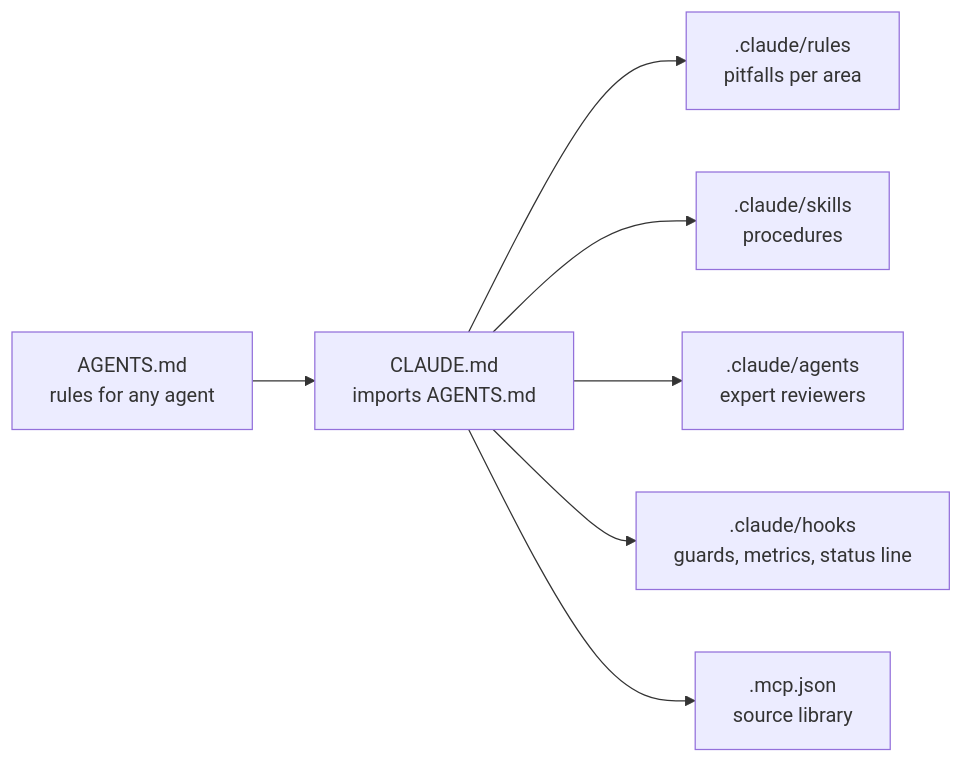
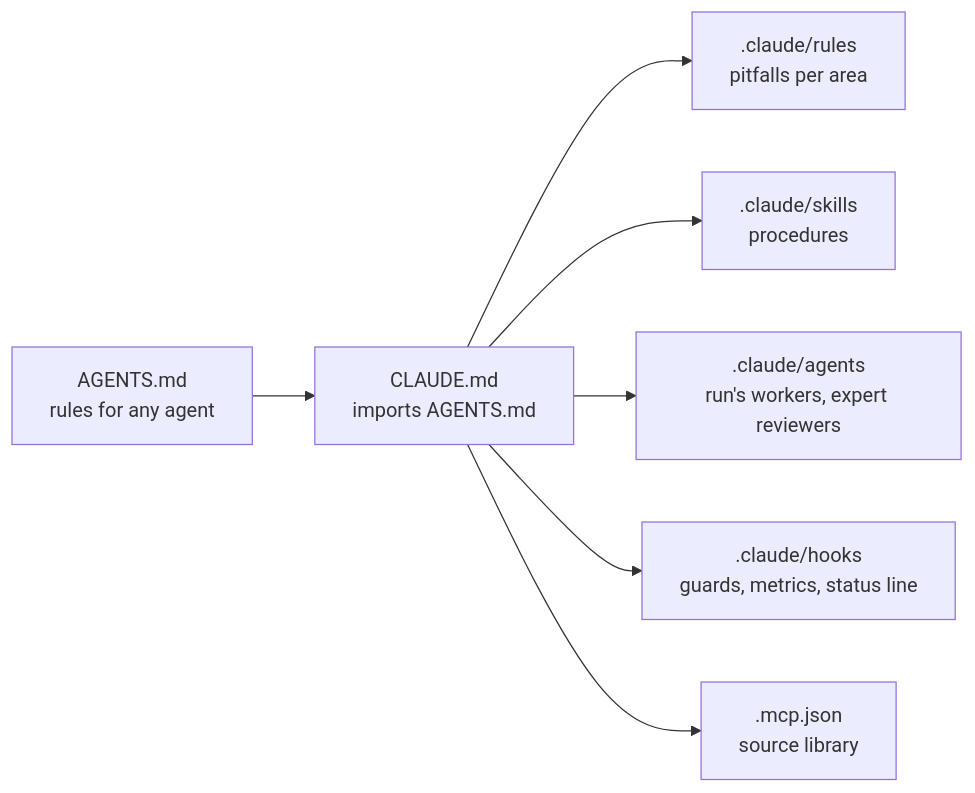
The diagram in docs/tooling/agent.md (AlexandreGallais/synoptic-studio), drawn with Mermaid before and after one commit. The commit also changed other lines of this file and 6 other files, not shown here.

````diff
--- a/docs/tooling/agent.md
+++ b/docs/tooling/agent.md
@@ -5,9 +5,9 @@
 ```mermaid
 flowchart LR
   A[AGENTS.md<br/>rules for any agent] --> C[CLAUDE.md<br/>imports AGENTS.md]
   C --> R[.claude/rules<br/>pitfalls per area]
   C --> S[.claude/skills<br/>procedures]
-  C --> G[.claude/agents<br/>expert reviewers]
+  C --> G[.claude/agents<br/>run's workers, expert reviewers]
   C --> H[.claude/hooks<br/>guards, metrics, status line]
   C --> M[.mcp.json<br/>source library]
 ```
````
